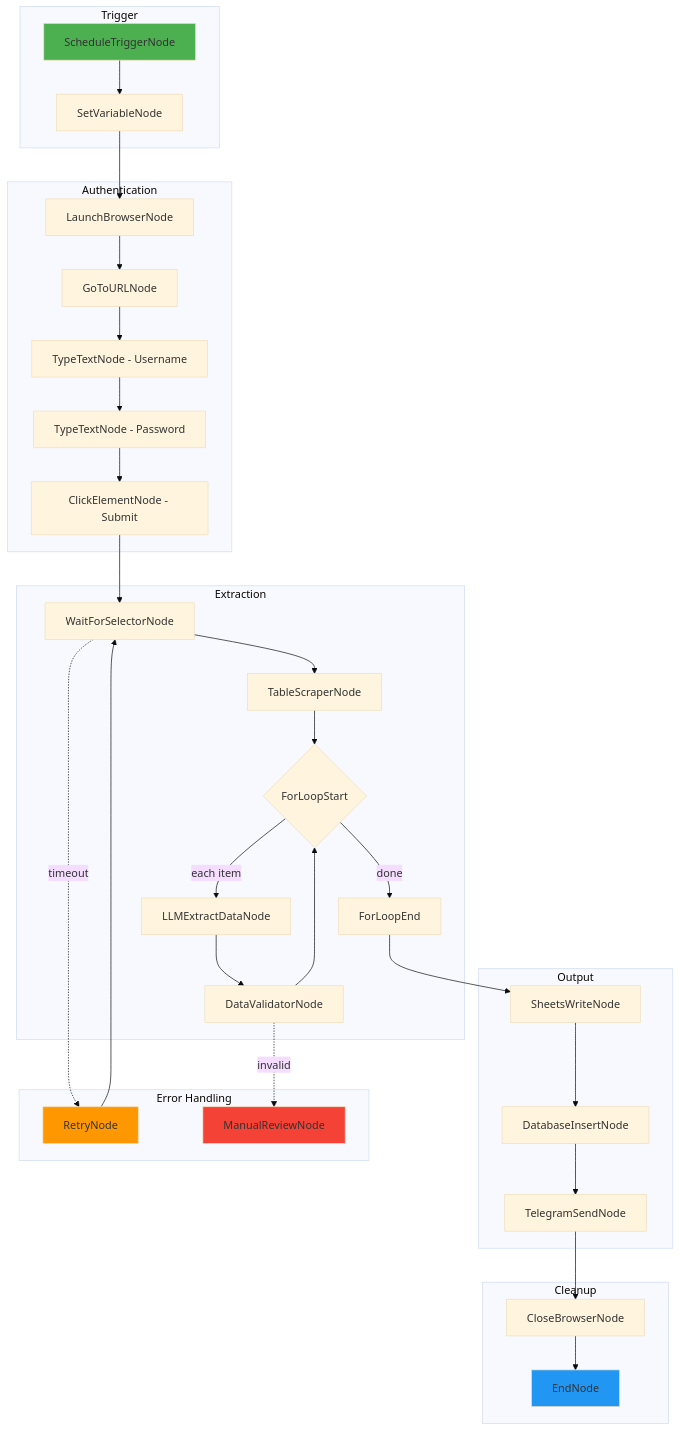
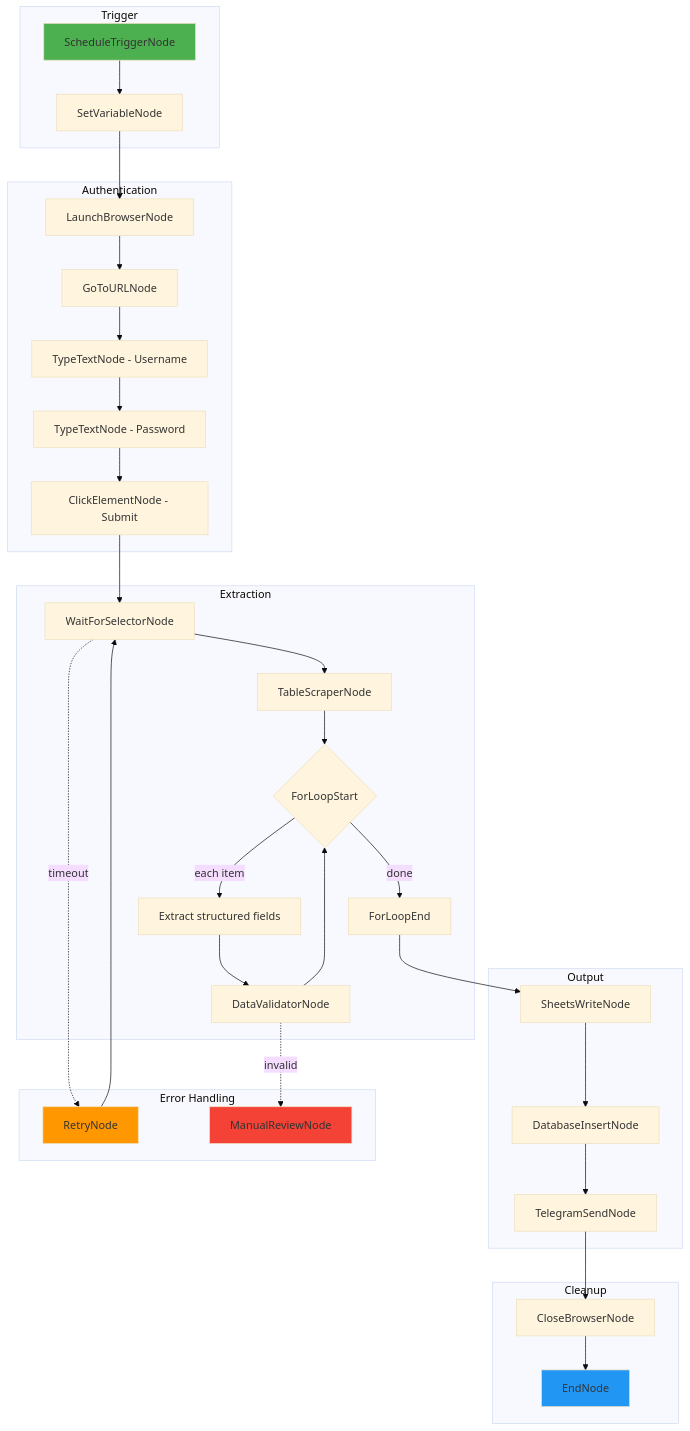
One commit to omerlefaruk/CasareRPA changed the diagram in .agent/commands/plan-workflow.md. Above: the diagram before and after it, drawn with Mermaid (base theme). The commit also changed other lines of this file and 534 other files, not shown here.

````diff
--- a/.agent/commands/plan-workflow.md
+++ b/.agent/commands/plan-workflow.md
@@ -351,46 +354,47 @@
 ```mermaid
 flowchart TD
     subgraph Trigger
         A[ScheduleTriggerNode] --> B[SetVariableNode]
     end
 
     subgraph Authentication
         B --> C[LaunchBrowserNode]
         C --> D[GoToURLNode]
         D --> E[TypeTextNode - Username]
         E --> F[TypeTextNode - Password]
         F --> G[ClickElementNode - Submit]
     end
 
     subgraph Extraction
         G --> H[WaitForSelectorNode]
         H --> I[TableScraperNode]
         I --> J{ForLoopStart}
-        J -->|each item| K[LLMExtractDataNode]
+         J -->|each item| K[Extract structured fields]
+
         K --> L[DataValidatorNode]
         L --> J
         J -->|done| M[ForLoopEnd]
     end
 
     subgraph Output
         M --> N[SheetsWriteNode]
         N --> O[DatabaseInsertNode]
         O --> P[TelegramSendNode]
     end
 
     subgraph Cleanup
         P --> Q[CloseBrowserNode]
         Q --> R[EndNode]
     end
 
     subgraph Error Handling
         H -.->|timeout| E1[RetryNode]
         E1 --> H
         L -.->|invalid| E2[ManualReviewNode]
     end
 
     style A fill:#4CAF50
     style R fill:#2196F3
     style E1 fill:#FF9800
     style E2 fill:#f44336
 ```
````
